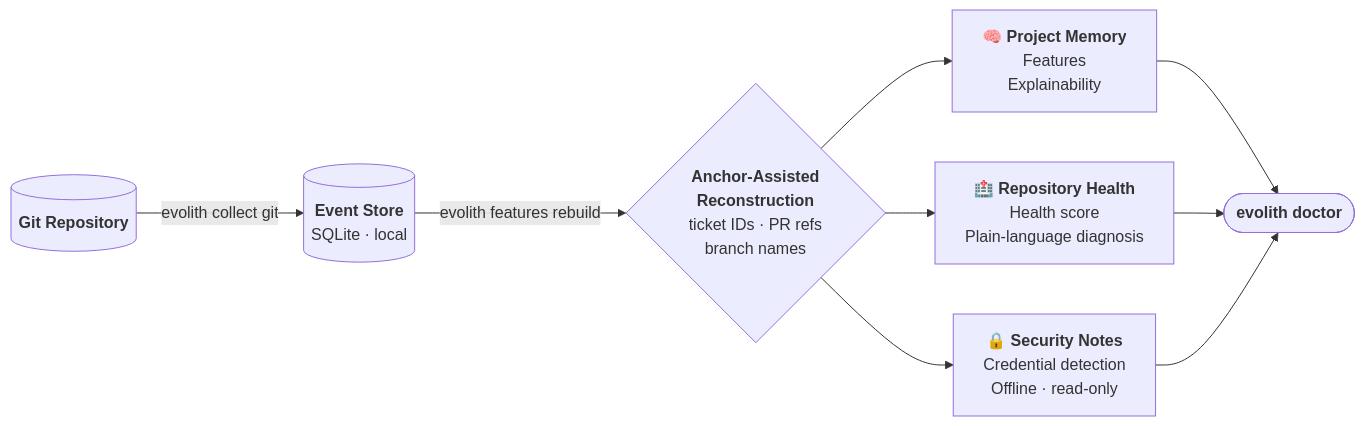
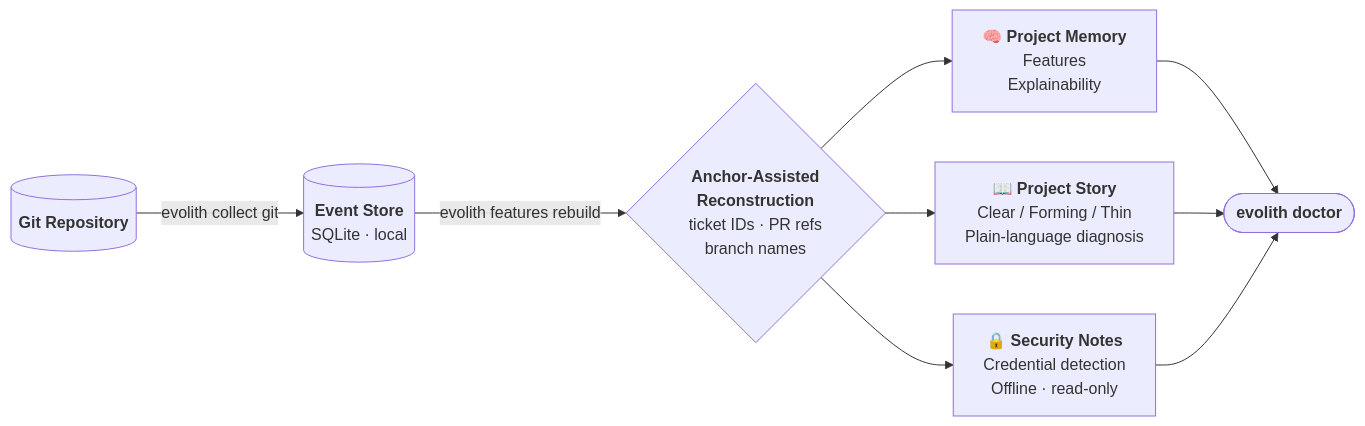
The diagram in README.md (thulasiramk-2310/Evolith), drawn with Mermaid before and after one commit. The commit also changed other lines of this file, not shown here.

First line of the commit message:
docs: sync README examples and diagram to Project Story language

````diff
--- a/README.md
+++ b/README.md
@@ -179,11 +179,11 @@
 ```mermaid
 flowchart LR
     A[("<b>Git Repository</b>")] -->|"evolith collect git"| B[("<b>Event Store</b><br/>SQLite · local")]
     B -->|"evolith features rebuild"| C{"<b>Anchor-Assisted<br/>Reconstruction</b><br/>ticket IDs · PR refs<br/>branch names"}
     C --> D["🧠 <b>Project Memory</b><br/>Features<br/>Explainability"]
-    C --> E["🏥 <b>Repository Health</b><br/>Health score<br/>Plain-language diagnosis"]
+    C --> E["📖 <b>Project Story</b><br/>Clear / Forming / Thin<br/>Plain-language diagnosis"]
     C --> F["🔒 <b>Security Notes</b><br/>Credential detection<br/>Offline · read-only"]
     D --> G(["<b>evolith doctor</b>"])
     E --> G
     F --> G
 ```
````
